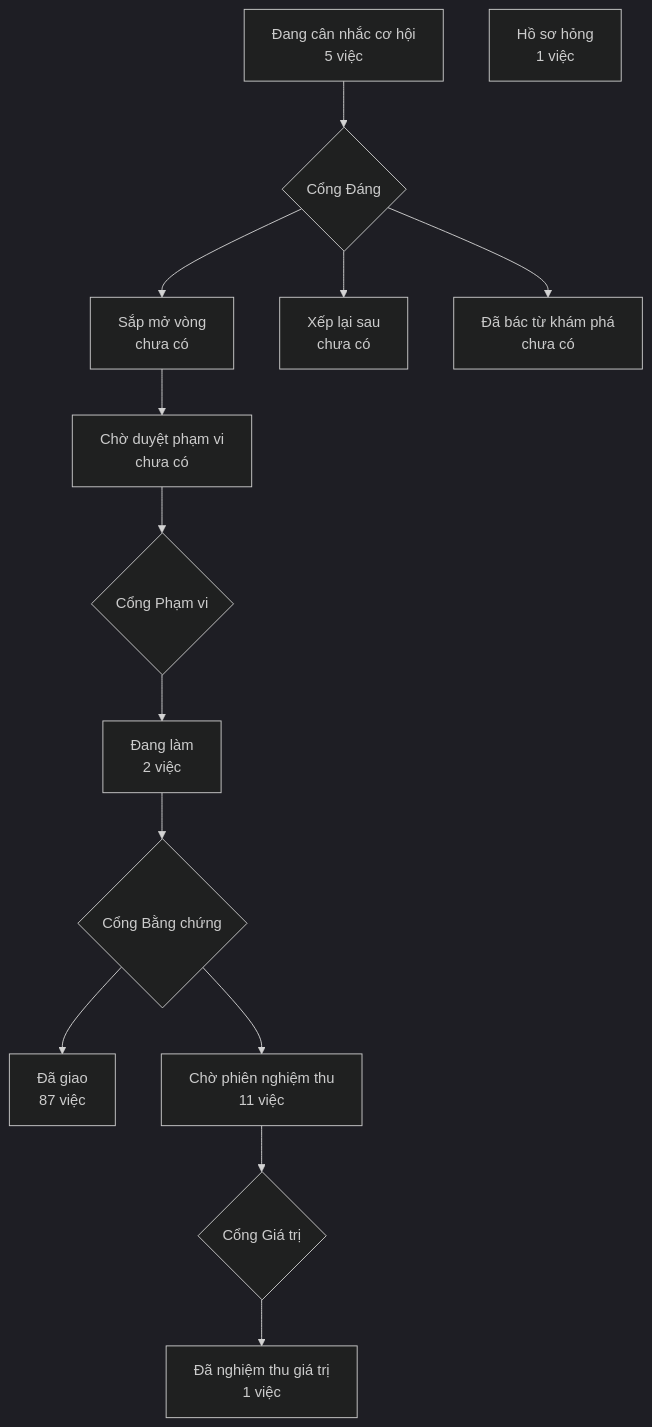
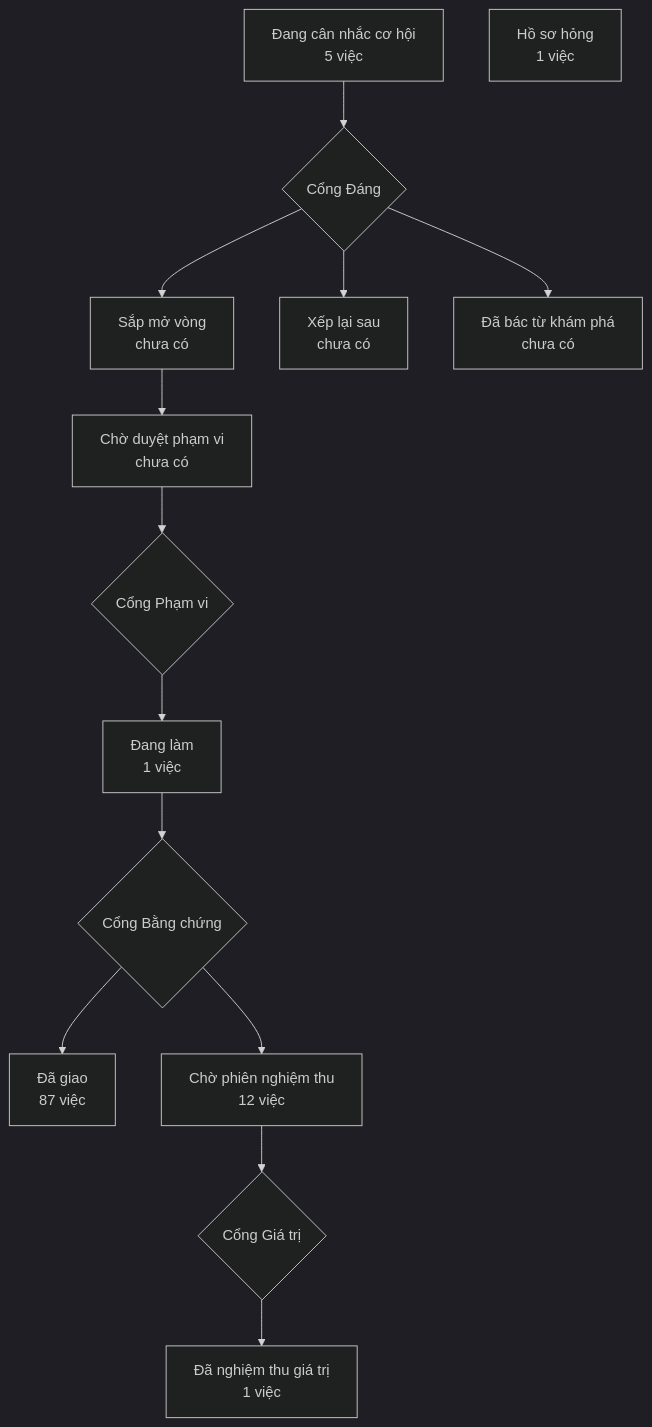
The diagram in PRODUCT-MAP.md (phanlemanh/crm-onehub), drawn with Mermaid (dark theme) before and after one commit. The commit also changed 3 other files, not shown here.

````diff
--- a/PRODUCT-MAP.md
+++ b/PRODUCT-MAP.md
@@ -6,13 +6,13 @@
 ```mermaid
 flowchart TD
   A["Đang cân nhắc cơ hội<br/>5 việc"] --> GD{"Cổng Đáng"}
   GD --> B["Sắp mở vòng<br/>chưa có"]
   GD --> XL["Xếp lại sau<br/>chưa có"]
   GD --> DB["Đã bác từ khám phá<br/>chưa có"]
   B --> CD["Chờ duyệt phạm vi<br/>chưa có"] --> GP{"Cổng Phạm vi"}
-  GP --> DL["Đang làm<br/>2 việc"] --> GB{"Cổng Bằng chứng"}
+  GP --> DL["Đang làm<br/>1 việc"] --> GB{"Cổng Bằng chứng"}
   GB --> DG["Đã giao<br/>87 việc"]
-  GB --> CN["Chờ phiên nghiệm thu<br/>11 việc"] --> GG{"Cổng Giá trị"}
+  GB --> CN["Chờ phiên nghiệm thu<br/>12 việc"] --> GG{"Cổng Giá trị"}
   GG --> NT["Đã nghiệm thu giá trị<br/>1 việc"]
   HS["Hồ sơ hỏng<br/>1 việc"]
 ```
````
